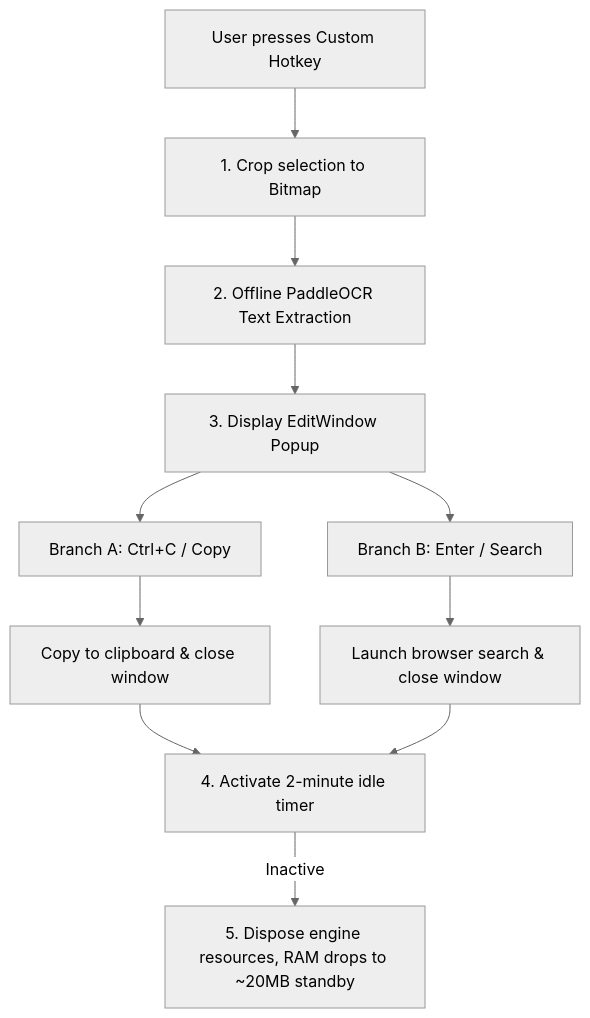
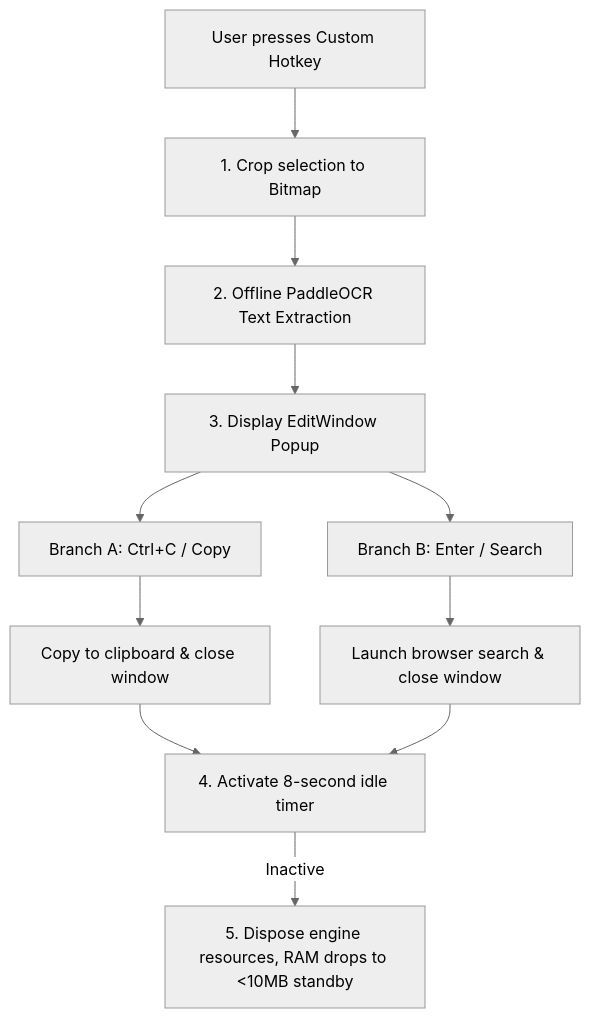
Before and after one commit to Loecedas/SnapFind: the diagram in README.en.md, drawn with Mermaid (neutral theme). The commit also changed other lines of this file and 1 other file, not shown here.

````diff
--- a/README.en.md
+++ b/README.en.md
@@ -124,16 +120,16 @@
 ```mermaid
 graph TD
     A[User presses Custom Hotkey] --> B["1. Crop selection to Bitmap"]
     B --> C["2. Offline PaddleOCR Text Extraction"]
     C --> D["3. Display EditWindow Popup"]
     
     D --> H1[Branch A: Ctrl+C / Copy]
     H1 --> I1[Copy to clipboard & close window]
     
     D --> H2[Branch B: Enter / Search]
     H2 --> I2[Launch browser search & close window]
     
-    I1 --> J["4. Activate 2-minute idle timer"]
+    I1 --> J["4. Activate 8-second idle timer"]
     I2 --> J
-    J -- Inactive --> K["5. Dispose engine resources, RAM drops to ~20MB standby"]
+    J -- Inactive --> K["5. Dispose engine resources, RAM drops to <10MB standby"]
 ```
````
